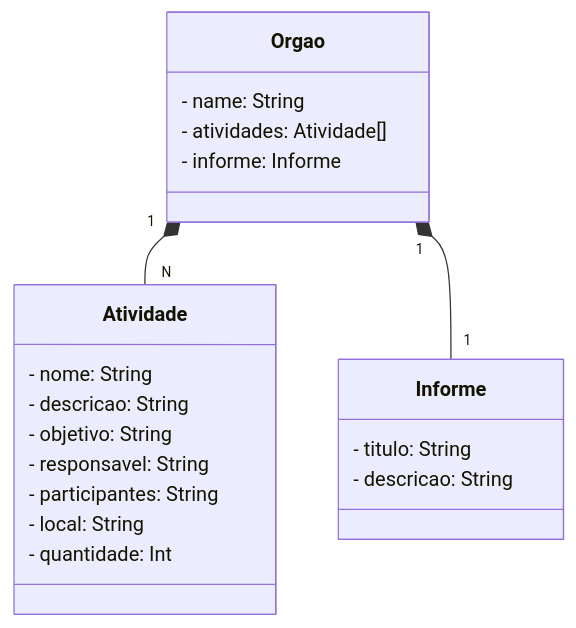
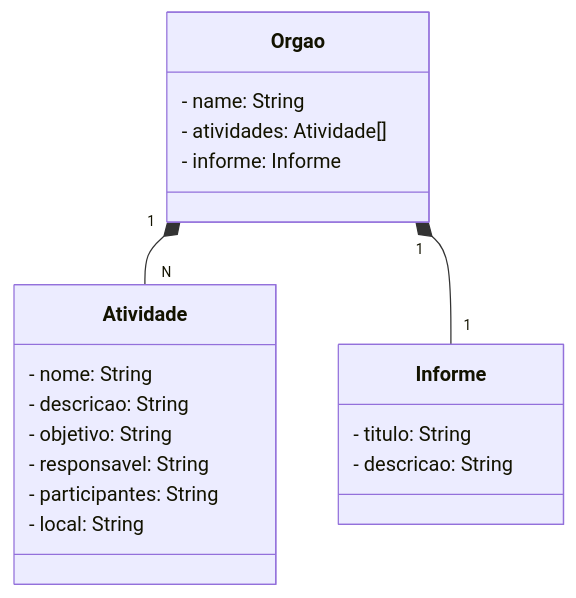
Before and after one commit to mawotedemelo/java-santander-2023-api: the diagram in README.md, drawn with Mermaid.

````diff
--- a/README.md
+++ b/README.md
@@ -6,24 +6,23 @@
 ```mermaid
 classDiagram
   class Orgao {
     - name: String
     - atividades: Atividade[]
     - informe: Informe
   }
   class Atividade {
     - nome: String
     - descricao: String
     - objetivo: String
     - responsavel: String
     - participantes: String
     - local: String
-    - quantidade: Int
   }
   class Informe {
     - titulo: String
     - descricao: String
   }
 
   Orgao "1" *-- "N" Atividade
   Orgao "1" *-- "1" Informe
 ```
````
